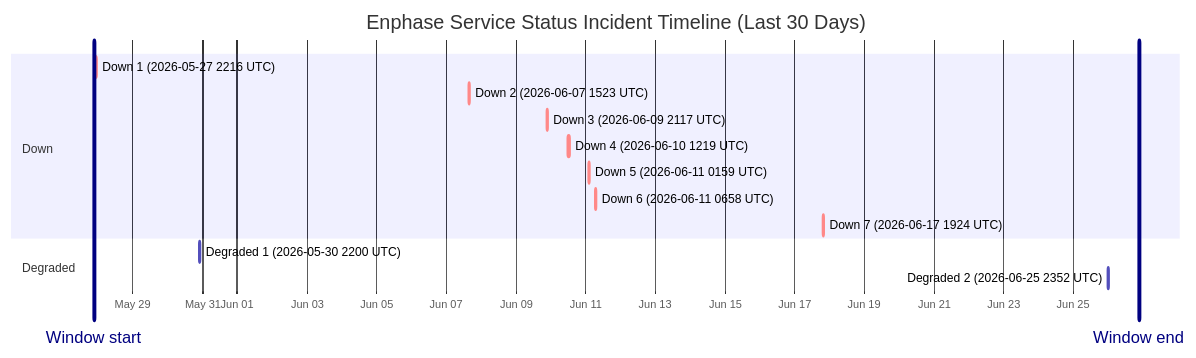
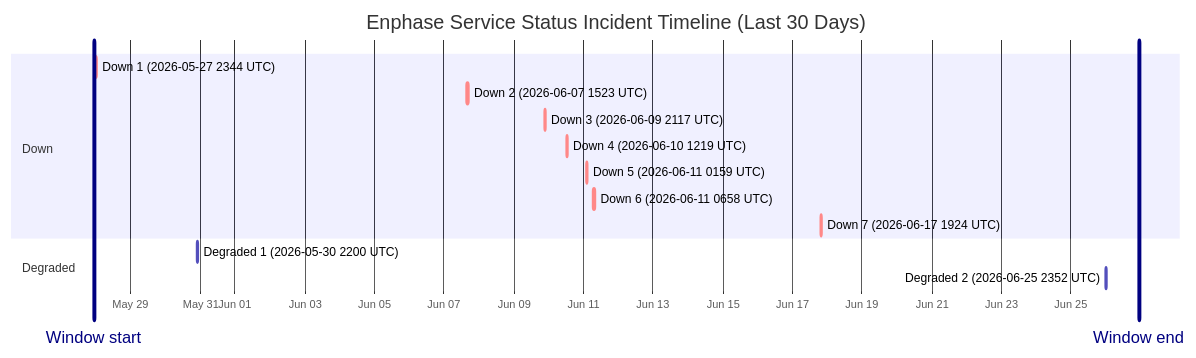
Before and after one commit to barneyonline/ha-enphase-energy: the diagram in wiki/Service-Status-History.md, drawn with Mermaid. The commit also changed other lines of this file and 3 other files, not shown here.

````diff
--- a/wiki/Service-Status-History.md
+++ b/wiki/Service-Status-History.md
@@ -14,19 +14,19 @@
 ```mermaid
 gantt
     title Enphase Service Status Incident Timeline (Last 30 Days)
     dateFormat  YYYY-MM-DDTHH:mm:ss
     axisFormat  %b %d
-    Window start :vert, window-start, 2026-05-27T21:17:32, 0ms
-    Window end :vert, window-end, 2026-06-26T21:17:32, 0ms
+    Window start :vert, window-start, 2026-05-27T22:44:22, 0ms
+    Window end :vert, window-end, 2026-06-26T22:44:22, 0ms
     section Down
-    Down 1 (2026-05-27 2216 UTC) :crit, down-1, 2026-05-27T22:16:53, 87m
+    Down 1 (2026-05-27 2344 UTC) :crit, down-1, 2026-05-27T23:44:24, 60m
     Down 2 (2026-06-07 1523 UTC) :crit, down-2, 2026-06-07T15:23:22, 87m
     Down 3 (2026-06-09 2117 UTC) :crit, down-3, 2026-06-09T21:17:17, 60m
     Down 4 (2026-06-10 1219 UTC) :crit, down-4, 2026-06-10T12:19:21, 60m
     Down 5 (2026-06-11 0159 UTC) :crit, down-5, 2026-06-11T01:59:36, 60m
     Down 6 (2026-06-11 0658 UTC) :crit, down-6, 2026-06-11T06:58:45, 60m
     Down 7 (2026-06-17 1924 UTC) :crit, down-7, 2026-06-17T19:24:51, 60m
     section Degraded
     Degraded 1 (2026-05-30 2200 UTC) :active, degraded-1, 2026-05-30T22:00:37, 60m
     Degraded 2 (2026-06-25 2352 UTC) :active, degraded-2, 2026-06-25T23:52:01, 60m
 ```
````
